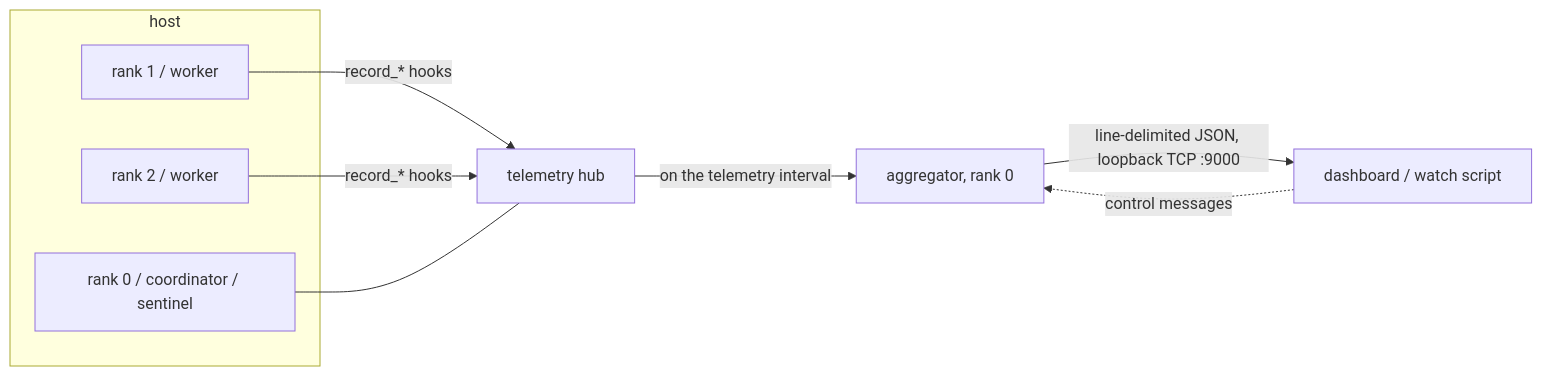
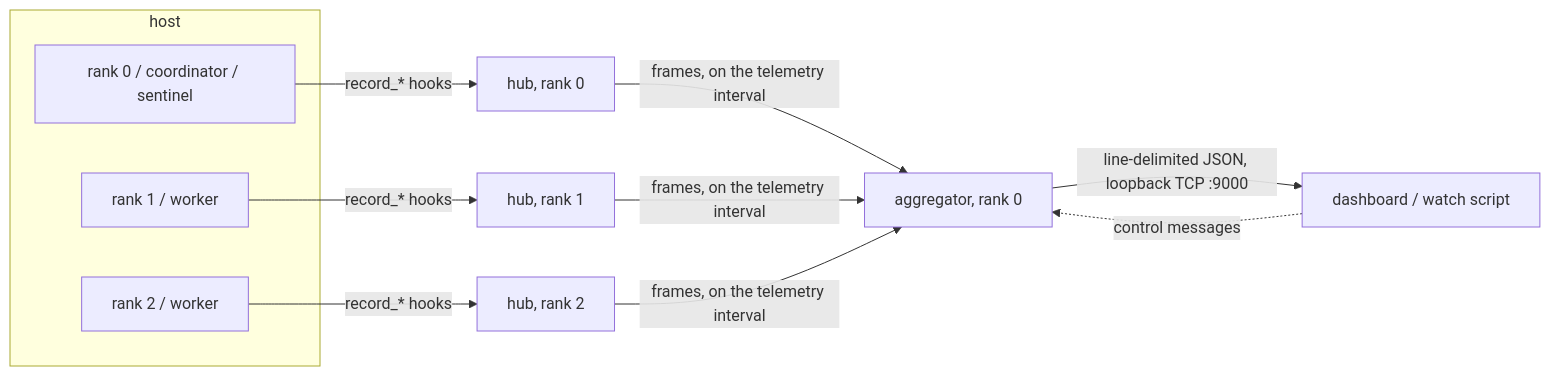
Before and after one commit to rapastranac/gempba-docs: the diagram in docs/telemetry/index.md, drawn with Mermaid. The commit also changed other lines of this file and 4 other files, not shown here.

````diff
--- a/docs/telemetry/index.md
+++ b/docs/telemetry/index.md
@@ -25,14 +25,16 @@
 ```mermaid
 flowchart LR
     subgraph hostA [host]
         W0[rank 0 / coordinator / sentinel]
         W1[rank 1 / worker]
         W2[rank 2 / worker]
     end
-    W1 -->|record_* hooks| HUB[telemetry hub]
-    W2 -->|record_* hooks| HUB
-    W0 --- HUB
-    HUB -->|on the telemetry interval| AGG[aggregator, rank 0]
+    W0 -->|record_* hooks| H0[hub, rank 0]
+    W1 -->|record_* hooks| H1[hub, rank 1]
+    W2 -->|record_* hooks| H2[hub, rank 2]
+    H0 -->|frames, on the telemetry interval| AGG[aggregator, rank 0]
+    H1 -->|frames, on the telemetry interval| AGG
+    H2 -->|frames, on the telemetry interval| AGG
     AGG -->|line-delimited JSON, loopback TCP :9000| DASH[dashboard / watch script]
     DASH -.->|control messages| AGG
 ```
````
